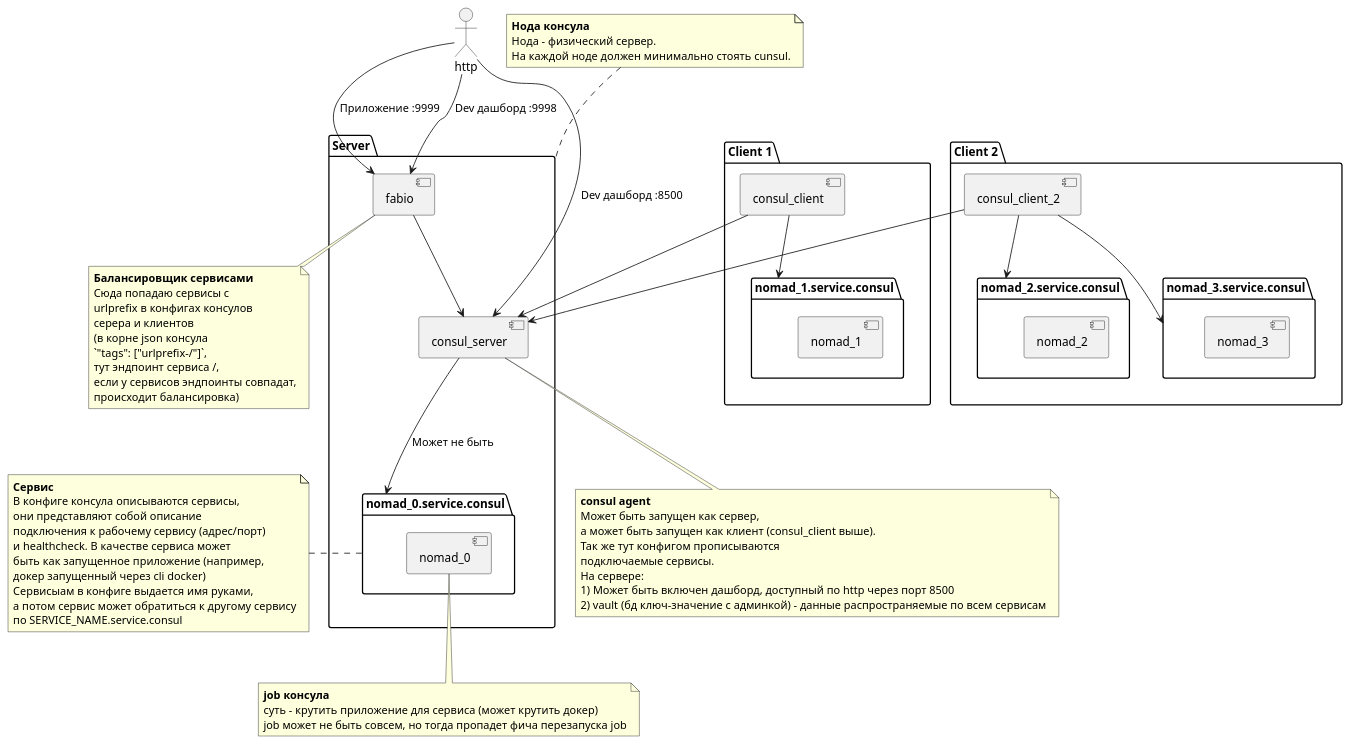
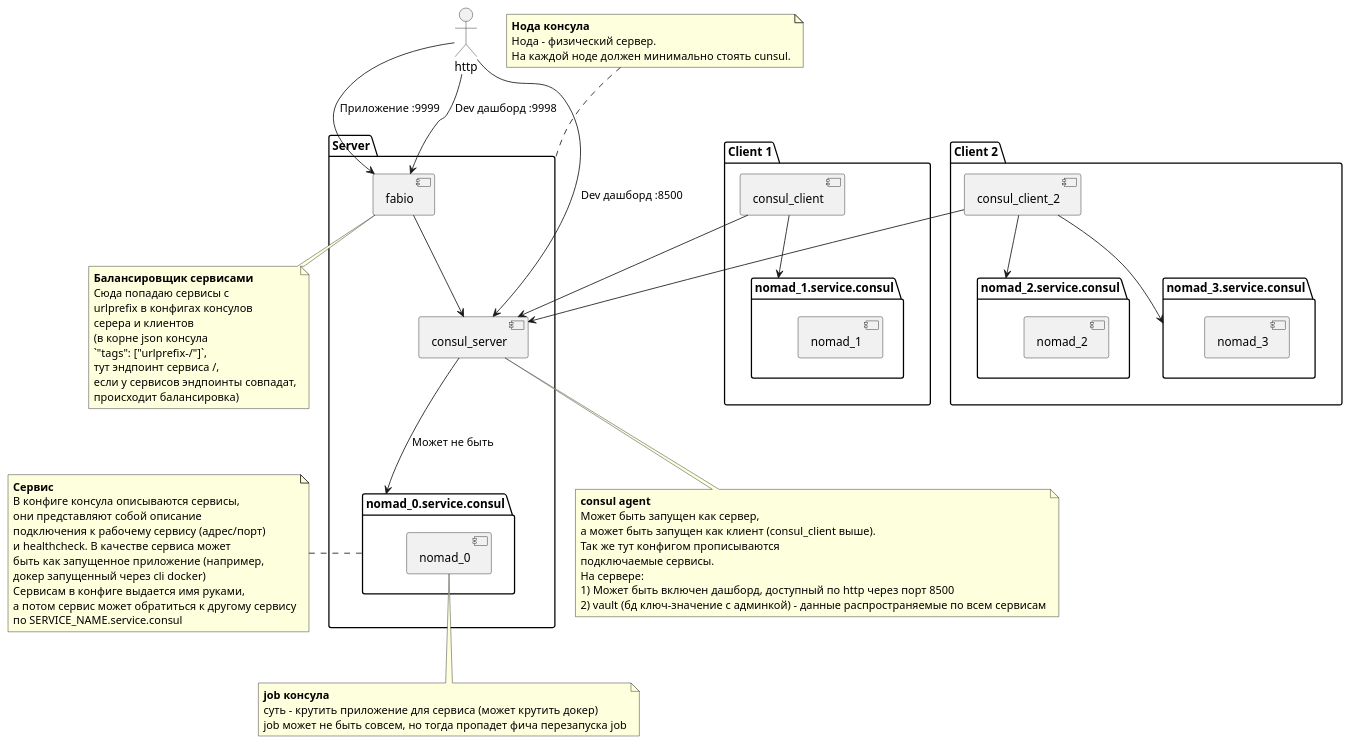
The diagram in .puml/scheme.puml (umbrella-denis-zolotarev/consul_sandbox), drawn with PlantUML before and after one commit.

Commit message:
scheme.puml upd

```diff
--- a/.puml/scheme.puml
+++ b/.puml/scheme.puml
@@ -1,89 +1,89 @@
 @startuml
 
 package "Server" as server_node {
     [fabio]
     [consul_server]
     package "nomad_0.service.consul" as nomad_0_service {
         [nomad_0]
     }
 }
 
 package "Client 1" {
     [consul_client]
     package "nomad_1.service.consul" as nomad_1_service {
         [nomad_1]
     }
 }
 
 package "Client 2" {
     [consul_client_2]
     package "nomad_2.service.consul" as nomad_2_service {
         [nomad_2]
     }
     package "nomad_3.service.consul" as nomad_3_service {
         [nomad_3]
     }
 }
 
 :http: --> [fabio] : "Dev дашборд :9998"
 :http: --> [fabio] : "Приложение :9999"
 :http: --> [consul_server] : "Dev дашборд :8500"
 [fabio] --> [consul_server]
 [consul_server] --> [nomad_0_service] : "Может не быть"
 
 [consul_client] --> [consul_server]
 [consul_client] --> [nomad_1_service]
 
 [consul_client_2] --> [consul_server]
 [consul_client_2] --> [nomad_2_service]
 [consul_client_2] --> [nomad_3_service]
 
 note top of server_node
   <b>Нода консула</b>
   Нода - физический сервер.
   На каждой ноде должен минимально стоять cunsul.
 end note
 
 note bottom of fabio
   <b>Балансировщик сервисами</b>
   Сюда попадаю сервисы с
   urlprefix в конфигах консулов
   серера и клиентов
   (в корне json консула
   `"tags": ["urlprefix-/"]`,
   тут эндпоинт сервиса /,
   если у сервисов эндпоинты совпадат,
   происходит балансировка)
 end note
 
 note bottom of consul_server
   <b>consul agent</b>
   Может быть запущен как сервер,
   а может быть запущен как клиент (consul_client выше).
   Так же тут конфигом прописываются
   подключаемые сервисы.
   На сервере:
   1) Может быть включен дашборд, доступный по http через порт 8500
   2) vault (бд ключ-значение с админкой) - данные распространяемые по всем сервисам
 end note
 
 note left of nomad_0_service
   <b>Сервис</b>
   В конфиге консула описываются сервисы,
   они представляют собой описание
   подключения к рабочему сервису (адрес/порт)
   и healthcheck. В качестве сервиса может
   быть как запущенное приложение (например,
   докер запущенный через cli docker)
-  Сервисыам в конфиге выдается имя руками,
+  Сервисам в конфиге выдается имя руками,
   а потом сервис может обратиться к другому сервису
   по SERVICE_NAME.service.consul
 end note
 
 note bottom of nomad_0
   <b>job консула</b>
   суть - крутить приложение для сервиса (может крутить докер)
   job может не быть совсем, но тогда пропадет фича перезапуска job
 end note
 
 @enduml
```
